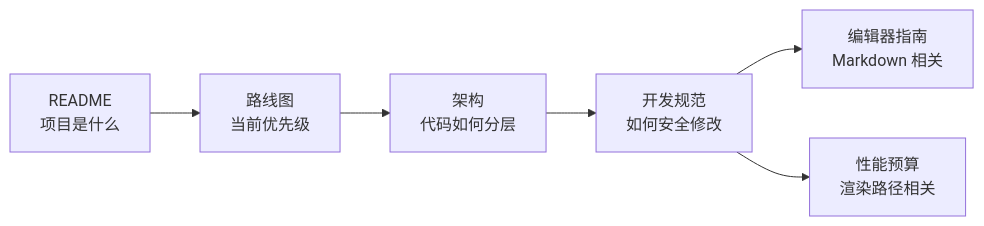
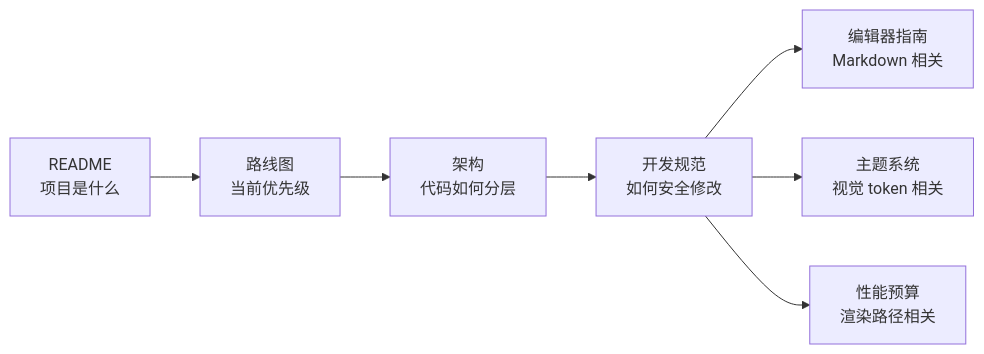
Before and after one commit to Youzi2233/papyro: the diagram in docs/zh-CN/README.md, drawn with Mermaid. The commit also changed other lines of this file and 13 other files, not shown here.

````diff
--- a/docs/zh-CN/README.md
+++ b/docs/zh-CN/README.md
@@ -20,13 +21,15 @@
 ```mermaid
 flowchart LR
     readme["README<br/>项目是什么"]
     roadmap["路线图<br/>当前优先级"]
     architecture["架构<br/>代码如何分层"]
     development["开发规范<br/>如何安全修改"]
     editor["编辑器指南<br/>Markdown 相关"]
+    themes["主题系统<br/>视觉 token 相关"]
     performance["性能预算<br/>渲染路径相关"]
 
     readme --> roadmap --> architecture --> development
     development --> editor
+    development --> themes
     development --> performance
 ```
````
